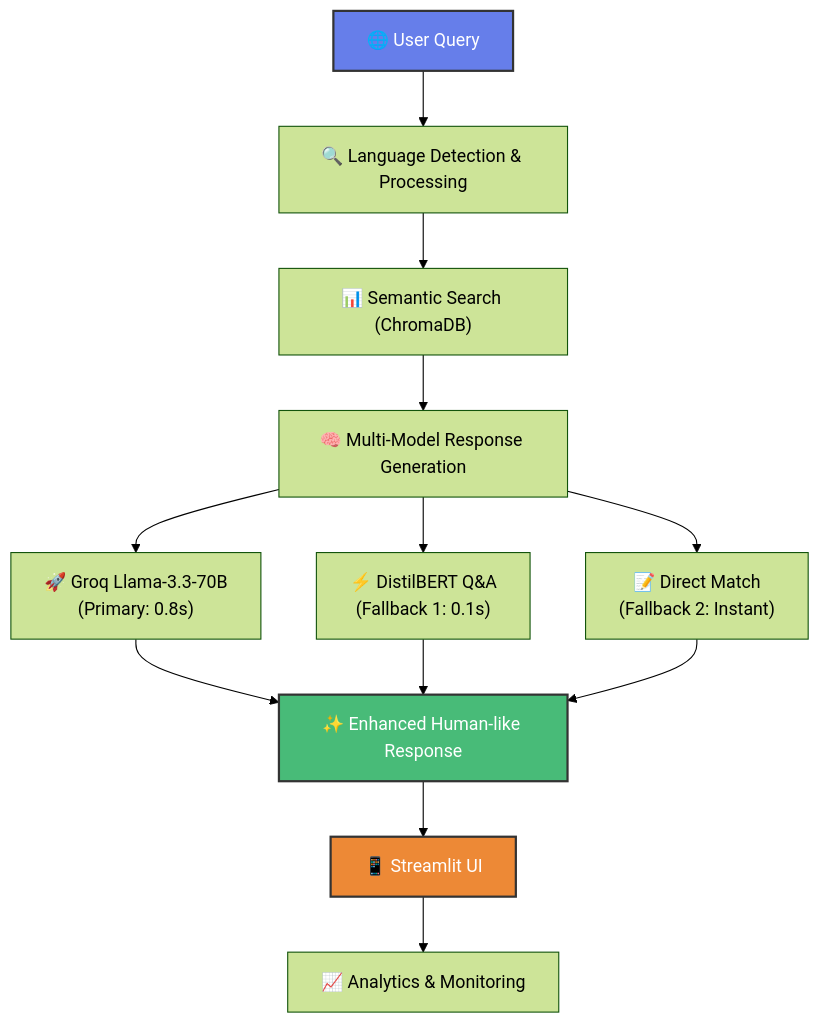
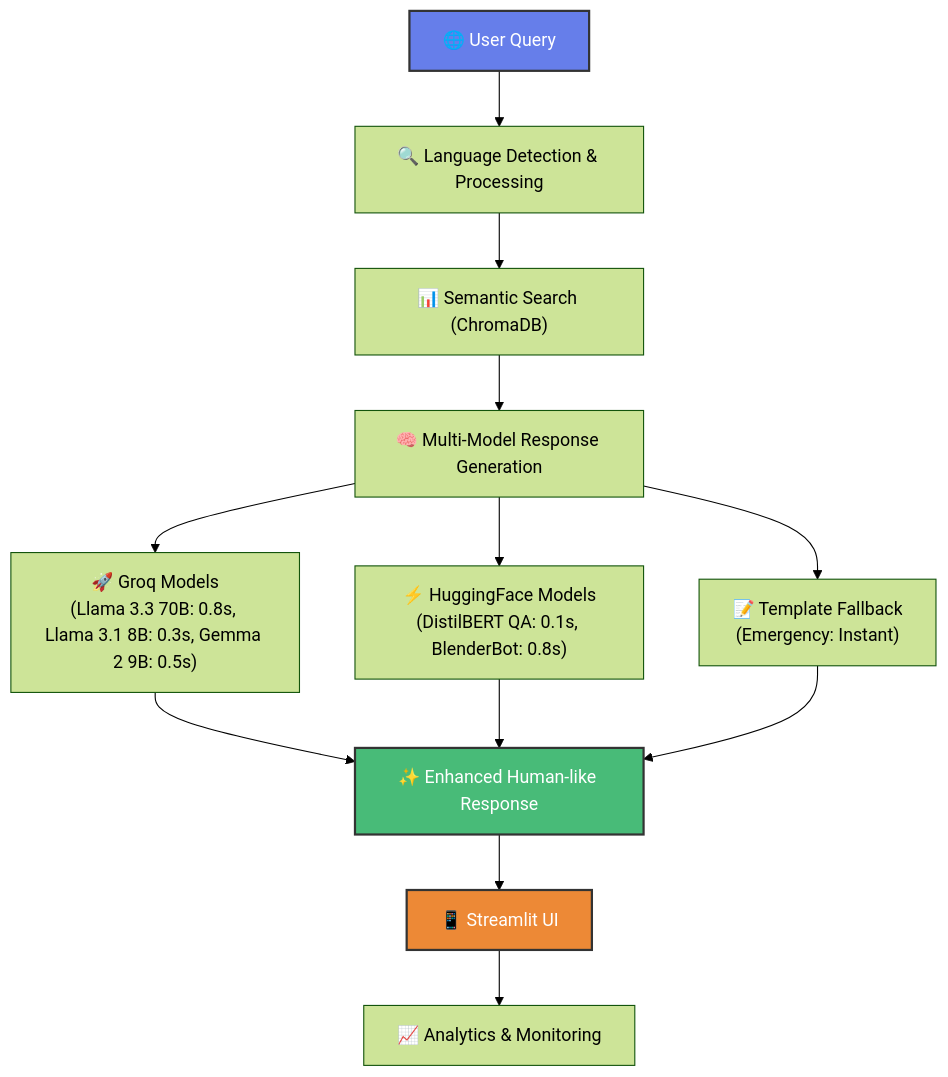
One commit to bhanmrinal/jupiter-ai-assistant changed the diagram in README.md. Above: the diagram before and after it, drawn with Mermaid (forest theme). The commit also changed other lines of this file and 2 other files, not shown here.

````diff
--- a/README.md
+++ b/README.md
@@ -37,21 +37,21 @@
 ```mermaid
 flowchart TD
     A["🌐 User Query"] --> B["🔍 Language Detection & Processing"]
     B --> C["📊 Semantic Search (ChromaDB)"]
     C --> D["🧠 Multi-Model Response Generation"]
     
-    D --> E1["🚀 Groq Llama-3.3-70B<br/>(Primary: 0.8s)"]
-    D --> E2["⚡ DistilBERT Q&A<br/>(Fallback 1: 0.1s)"]
-    D --> E3["📝 Direct Match<br/>(Fallback 2: Instant)"]
+    D --> E1["🚀 Groq Models<br/>(Llama 3.3 70B: 0.8s, Llama 3.1 8B: 0.3s, Gemma 2 9B: 0.5s)"]
+    D --> E2["⚡ HuggingFace Models<br/>(DistilBERT QA: 0.1s, BlenderBot: 0.8s)"]
+    D --> E3["📝 Template Fallback<br/>(Emergency: Instant)"]
     
     E1 --> F["✨ Enhanced Human-like Response"]
     E2 --> F
     E3 --> F
     
     F --> G["📱 Streamlit UI"]
     G --> H["📈 Analytics & Monitoring"]
     
     style A fill:#667eea,stroke:#333,stroke-width:2px,color:#fff
     style F fill:#48bb78,stroke:#333,stroke-width:2px,color:#fff
     style G fill:#ed8936,stroke:#333,stroke-width:2px,color:#fff
 ```
````
